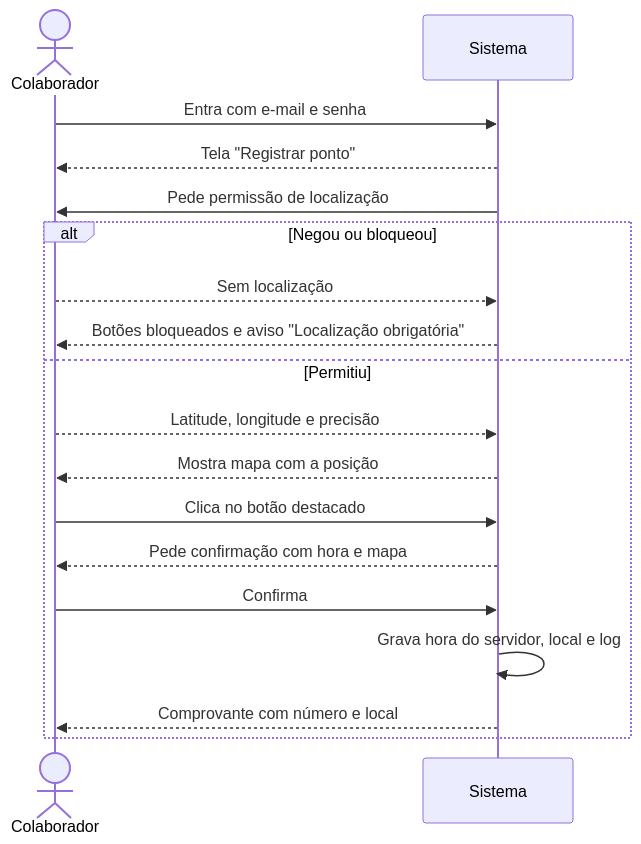
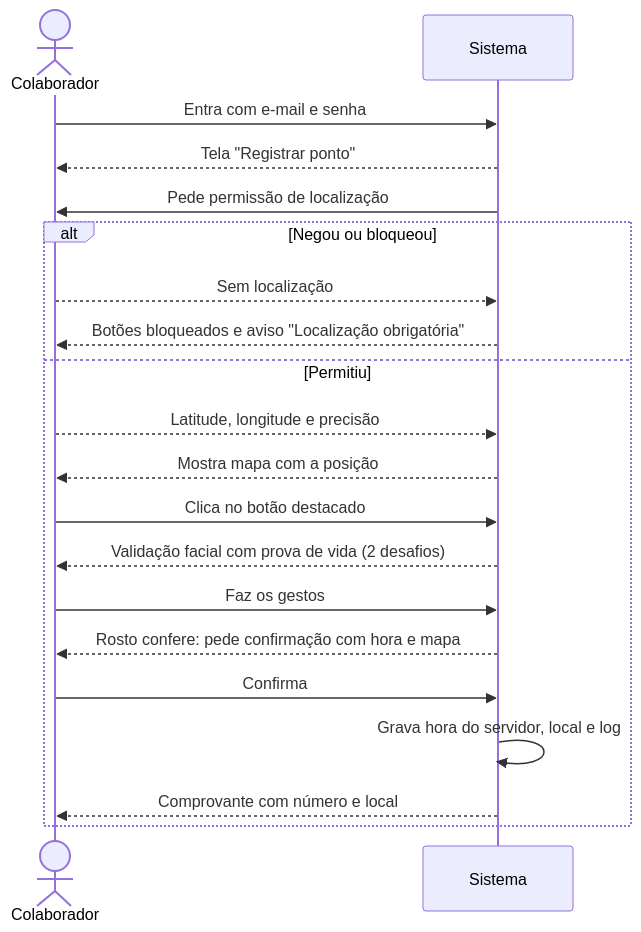
One commit to GuedesIgor/AxSys-IT changed the first of 10 diagrams in docs/06-fluxos.md. Above: the diagram before and after it, drawn with Mermaid. The commit also changed other lines of this file and 12 other files, not shown here.

First line of the commit message:
Validação facial com prova de vida obrigatória na batida e cadastro facial obrigatório no cadastro de usuário

````diff
--- a/docs/06-fluxos.md
+++ b/docs/06-fluxos.md
@@ -5,20 +5,22 @@
 ```mermaid
 sequenceDiagram
     actor C as Colaborador
     participant S as Sistema
     C->>S: Entra com e-mail e senha
     S-->>C: Tela "Registrar ponto"
     S->>C: Pede permissão de localização
     alt Negou ou bloqueou
         C-->>S: Sem localização
         S-->>C: Botões bloqueados e aviso "Localização obrigatória"
     else Permitiu
         C-->>S: Latitude, longitude e precisão
         S-->>C: Mostra mapa com a posição
         C->>S: Clica no botão destacado
-        S-->>C: Pede confirmação com hora e mapa
+        S-->>C: Validação facial com prova de vida (2 desafios)
+        C->>S: Faz os gestos
+        S-->>C: Rosto confere: pede confirmação com hora e mapa
         C->>S: Confirma
         S->>S: Grava hora do servidor, local e log
         S-->>C: Comprovante com número e local
     end
 ```
````
